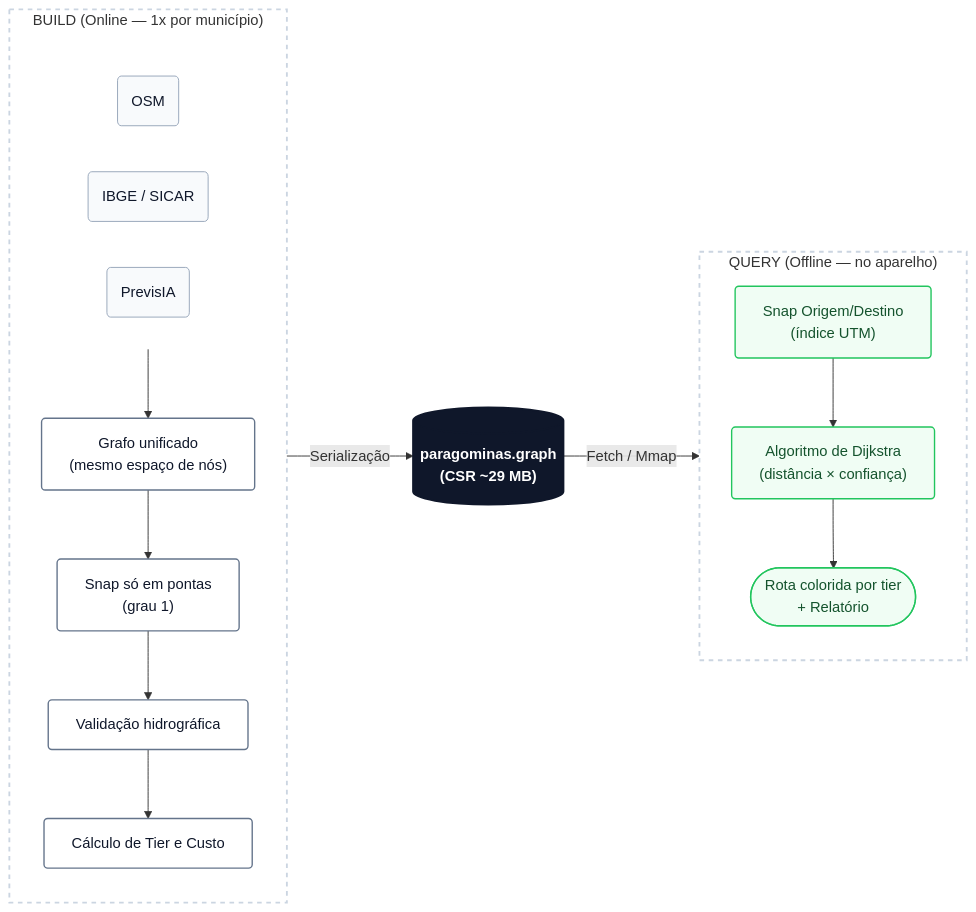
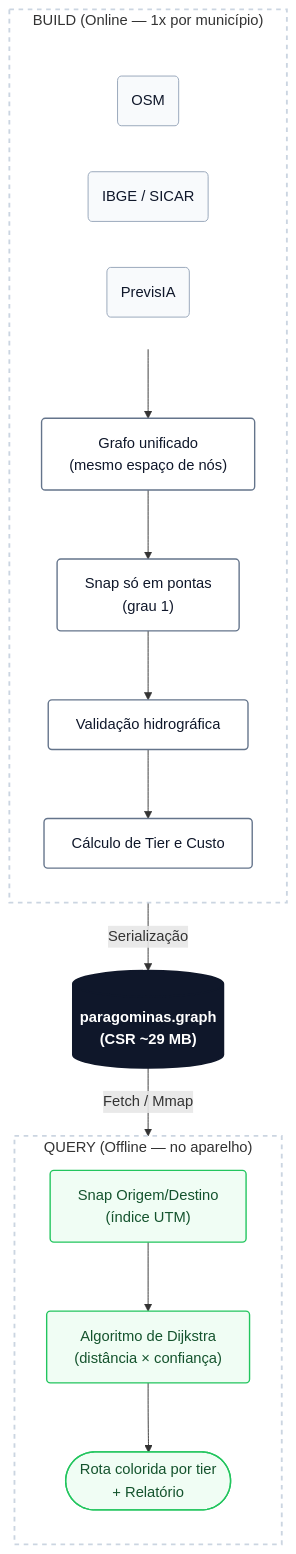
Before and after one commit to samuel-c-santos/amazoniahack: the diagram in README.md, drawn with Mermaid. The commit also changed other lines of this file, not shown here.

Commit message:
Atualiza a seção de resultados e ajusta o diagrama Mermaid para melhorar a legibilidade e a clareza do fluxo de processamento.

````diff
--- a/README.md
+++ b/README.md
@@ -46,46 +46,49 @@
 ```mermaid
-flowchart LR
+flowchart TB
     %% Paleta de alta legibilidade (UX limpo, foco em contraste para o GitHub)
     classDef source fill:#f8fafc,stroke:#94a3b8,stroke-width:1px,color:#0f172a,rx:4px
     classDef process fill:#ffffff,stroke:#64748b,stroke-width:1.5px,color:#0f172a,rx:4px
     classDef artifact fill:#0f172a,stroke:#0f172a,stroke-width:2px,color:#ffffff,font-weight:bold,rx:6px
     classDef query fill:#f0fdf4,stroke:#22c55e,stroke-width:1.5px,color:#14532d,rx:4px
 
     subgraph BUILD ["BUILD (Online — 1x por município)"]
         direction TB
         
         subgraph FONTES [" "]
             direction LR
             D1("OSM"):::source
             D2("IBGE / SICAR"):::source
             D3("PrevisIA"):::source
         end
 
         P1["Grafo unificado<br/>(mesmo espaço de nós)"]:::process
         P2["Snap só em pontas<br/>(grau 1)"]:::process
         P3["Validação hidrográfica"]:::process
         P4["Cálculo de Tier e Custo"]:::process
 
         FONTES --> P1
-        P1 --> P2 --> P3 --> P4
+        P1 --> P2
+        P2 --> P3
+        P3 --> P4
     end
 
     A[("paragominas.graph<br/>(CSR ~29 MB)")]:::artifact
 
     subgraph QUERY ["QUERY (Offline — no aparelho)"]
         direction TB
         Q1["Snap Origem/Destino<br/>(índice UTM)"]:::query
         Q2["Algoritmo de Dijkstra<br/>(distância × confiança)"]:::query
         Q3(["Rota colorida por tier<br/>+ Relatório"]):::query
 
-        Q1 --> Q2 --> Q3
+        Q1 --> Q2
+        Q2 --> Q3
     end
 
     P4 -->|Serialização| A
     A -->|Fetch / Mmap| Q1
 
-    %% Estilos das caixas de contenção (borda tracejada elegante, sem fundo pesado)
+    %% Estilos das caixas de contenção
     style BUILD fill:none,stroke:#cbd5e1,stroke-width:2px,stroke-dasharray: 5 5
     style QUERY fill:none,stroke:#cbd5e1,stroke-width:2px,stroke-dasharray: 5 5
     style FONTES fill:none,stroke:none
 ```
````
